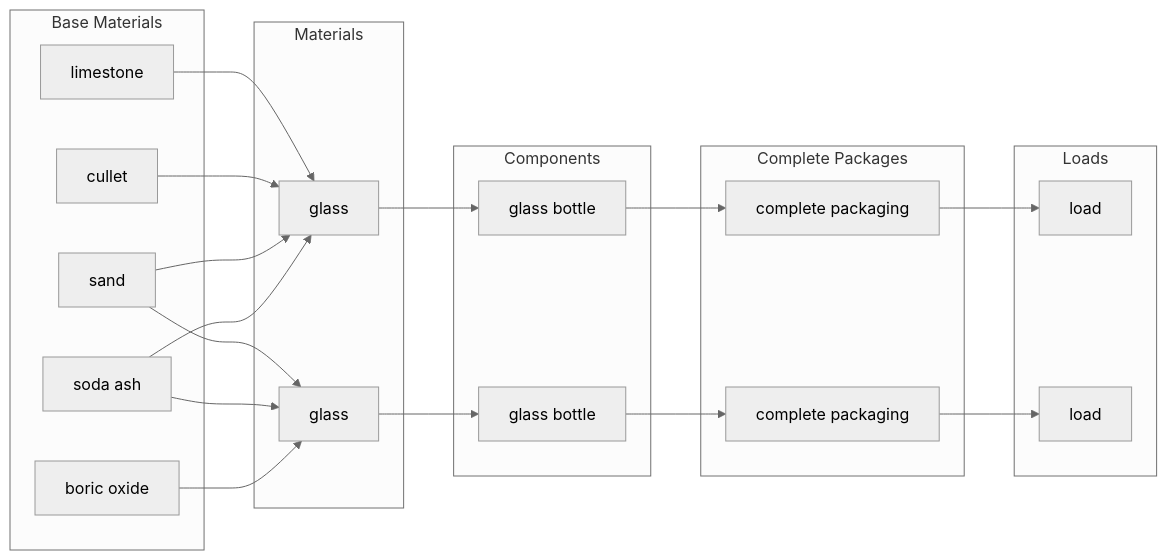
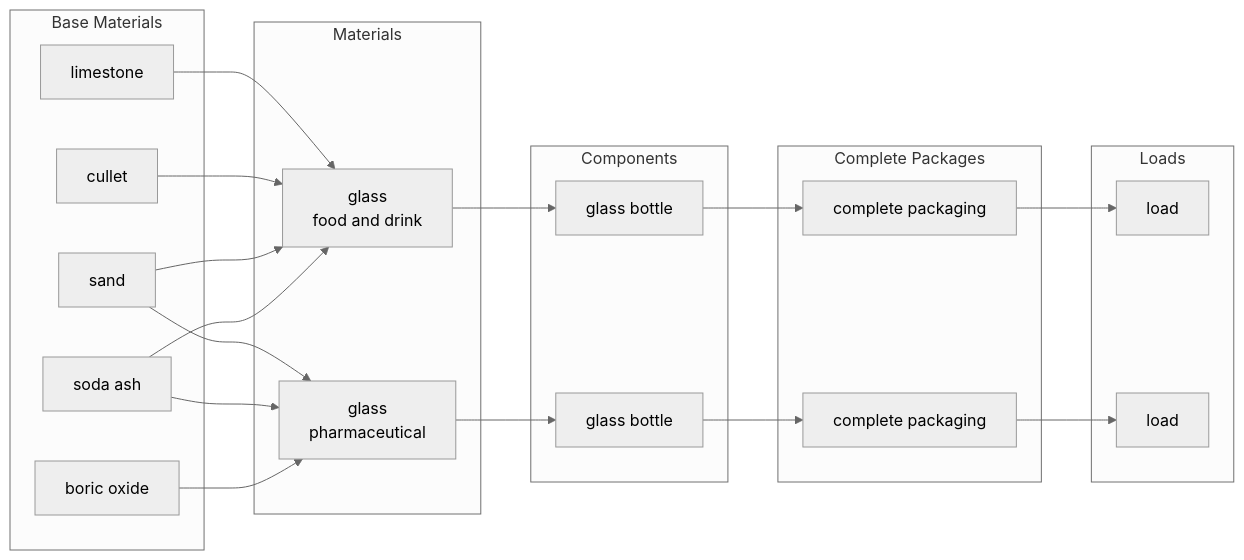
The fourth of 8 diagrams in docs/1_Start_Here/1_3_Data_Flow.md (OpenDataManchester/Open3P), drawn with Mermaid (neutral theme) before and after one commit. The commit also changed other lines of this file, not shown here.

Commit message:
Worked through the data flow page

````diff
--- a/docs/1_Start_Here/1_3_Data_Flow.md
+++ b/docs/1_Start_Here/1_3_Data_Flow.md
@@ -65,39 +98,41 @@
 ``` mermaid
 flowchart LR
     subgraph baseMaterials[Base Materials]
         bm_sand[sand]
         bm_sodaAsh[soda ash]
         bm_limestone[limestone]
         bm_cullet[cullet]
         bm_boricOxide[boric oxide]
     end
     subgraph materials[Materials]
-        ma_glass1[glass]
-        ma_glass2[glass]
+        ma_glass1["glass
+        food and drink"]
+        ma_glass2["glass
+        pharmaceutical"]
     end
     subgraph components[Components]
         co_glassBottle1[glass bottle]
         co_glassBottle2[glass bottle]
     end
     subgraph completePackages[Complete Packages]
         cp_example1[complete packaging]
         cp_example2[complete packaging]
     end
     subgraph loads[Loads]
         lo_example1[load]
         lo_example2[load]
     end
     bm_limestone --> ma_glass1
     bm_cullet --> ma_glass1
     bm_sand --> ma_glass1
     bm_sand --> ma_glass2
     bm_sodaAsh --> ma_glass1
     bm_sodaAsh --> ma_glass2
     bm_boricOxide --> ma_glass2
     ma_glass1 --> co_glassBottle1
     ma_glass2 --> co_glassBottle2
     co_glassBottle1 --> cp_example1
     co_glassBottle2 --> cp_example2
     cp_example1 --> lo_example1
     cp_example2 --> lo_example2
 ```
````
